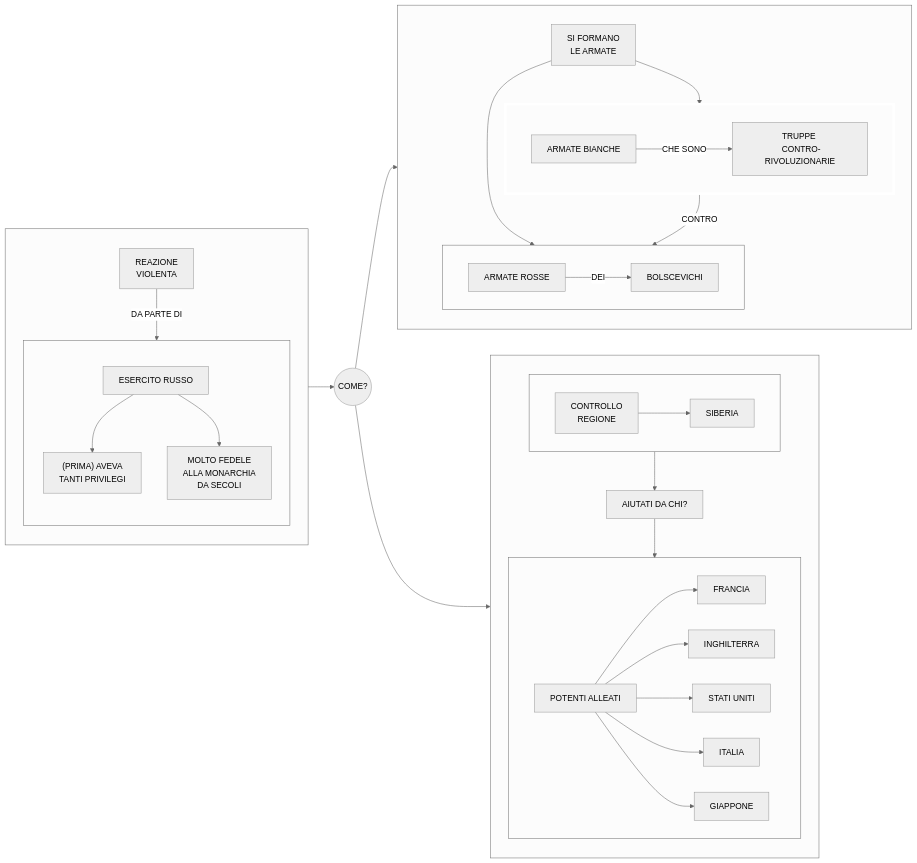
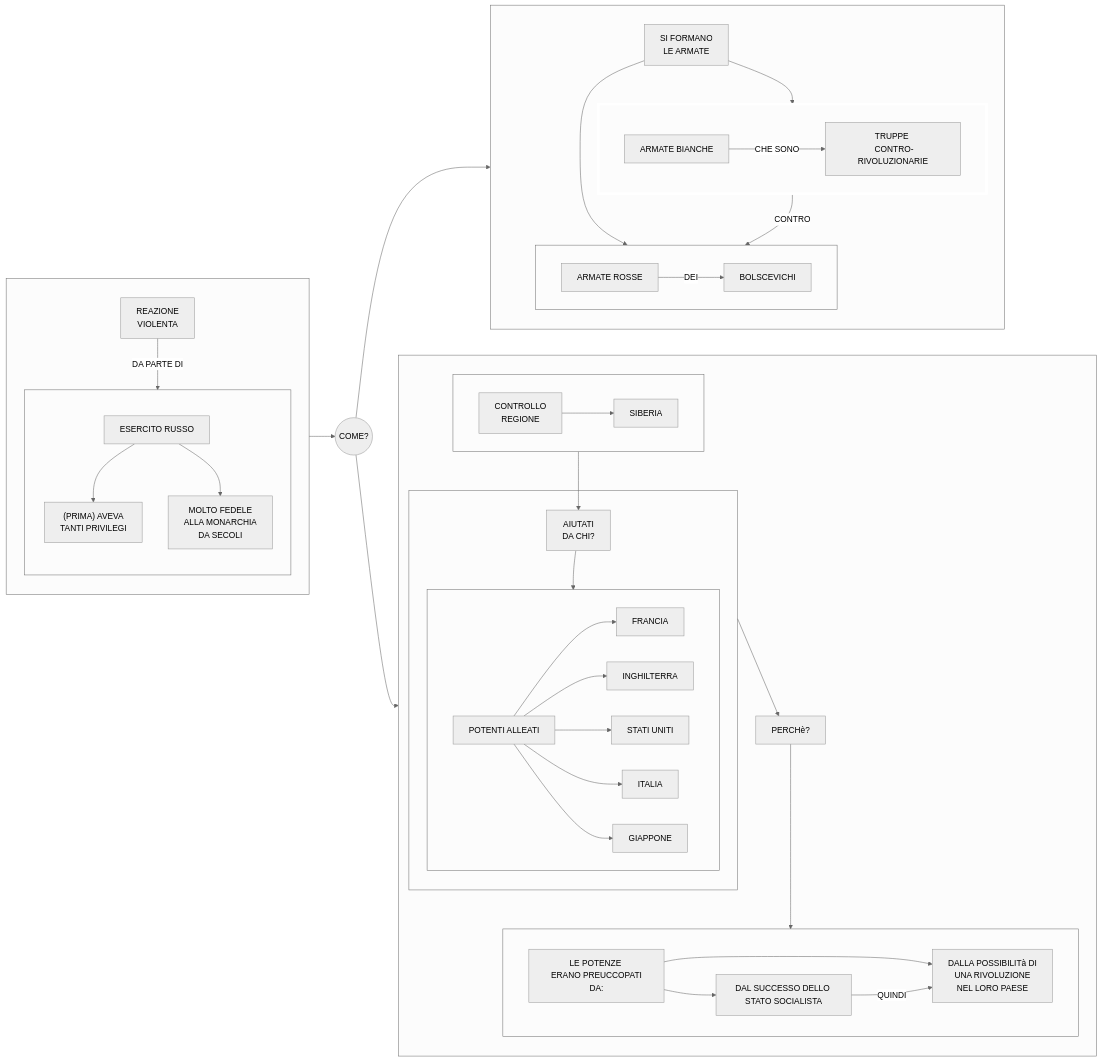
The sixth of 6 diagrams in stalinismo.md (Laaouatni/ricerca-storia-MermaidJS), drawn with Mermaid (neutral theme) before and after one commit.

````diff
--- a/stalinismo.md
+++ b/stalinismo.md
@@ -238,52 +238,62 @@
 ```mermaid
 flowchart LR
     subgraph 020[" "]
         0200[REAZIONE <br> VIOLENTA]
         subgraph 021[" "]
             direction TB;
             0210[ESERCITO RUSSO]
             02100["(PRIMA) AVEVA <BR> TANTI PRIVILEGI"]
             02101[MOLTO FEDELE <BR> ALLA MONARCHIA <BR> DA SECOLI]
             0210 --> 02100 & 02101
         end
         0200 -->|DA PARTE DI| 021
     end
     04((COME?))
     04 --> 1 & 2
     020 --> 04  
     subgraph 1[" "]
         10[SI FORMANO <br> LE ARMATE]
         subgraph 100[" "]
             1000[ARMATE BIANCHE]
             10000[TRUPPE <BR> CONTRO-RIVOLUZIONARIE]
             1000 -->|CHE SONO| 10000
         end
         style 100 stroke:#FFFFFF, stroke-width:5px;
         subgraph 101[" "]
             1010[ARMATE ROSSE]
             10100[BOLSCEVICHI]
             1010 -->|DEI| 10100
         end
         10 --> 100 & 101
         100 --> |CONTRO| 101
     end
     subgraph 2[" "]
         subgraph 20[" "]
             200[CONTROLLO <br> REGIONE]
             2000[SIBERIA]
             200 --> 2000
         end
-        21[AIUTATI DA CHI?]
-        subgraph 22[" "]
-            23[POTENTI ALLEATI]
-            230[FRANCIA]
-            231[INGHILTERRA]
-            232[STATI UNITI]
-            233[ITALIA]
-            234[GIAPPONE]
-            23 --> 230 & 231 & 232 & 233 & 234
+        subgraph 24[" "]
+            21[AIUTATI <br> DA CHI?]
+            subgraph 22[" "]
+                23[POTENTI ALLEATI]
+                230[FRANCIA]
+                231[INGHILTERRA]
+                232[STATI UNITI]
+                233[ITALIA]
+                234[GIAPPONE]
+                23 --> 230 & 231 & 232 & 233 & 234
+            end
+        end
+        26["PERCHè?"]
+        subgraph 25[" "]
+            250[LE POTENZE <BR> ERANO PREUCCOPATI DA:]
+            2500[DAL SUCCESSO DELLO STATO SOCIALISTA]
+            2501[DALLA POSSIBILITà DI <BR> UNA RIVOLUZIONE <BR> NEL LORO PAESE]
+            250 --> 2500 & 2501
+            2500 -->|QUINDI| 2501
         end
         20 --> 21 --> 22
-        
+        24 --> 26 --> 25
     end
 ```
````
